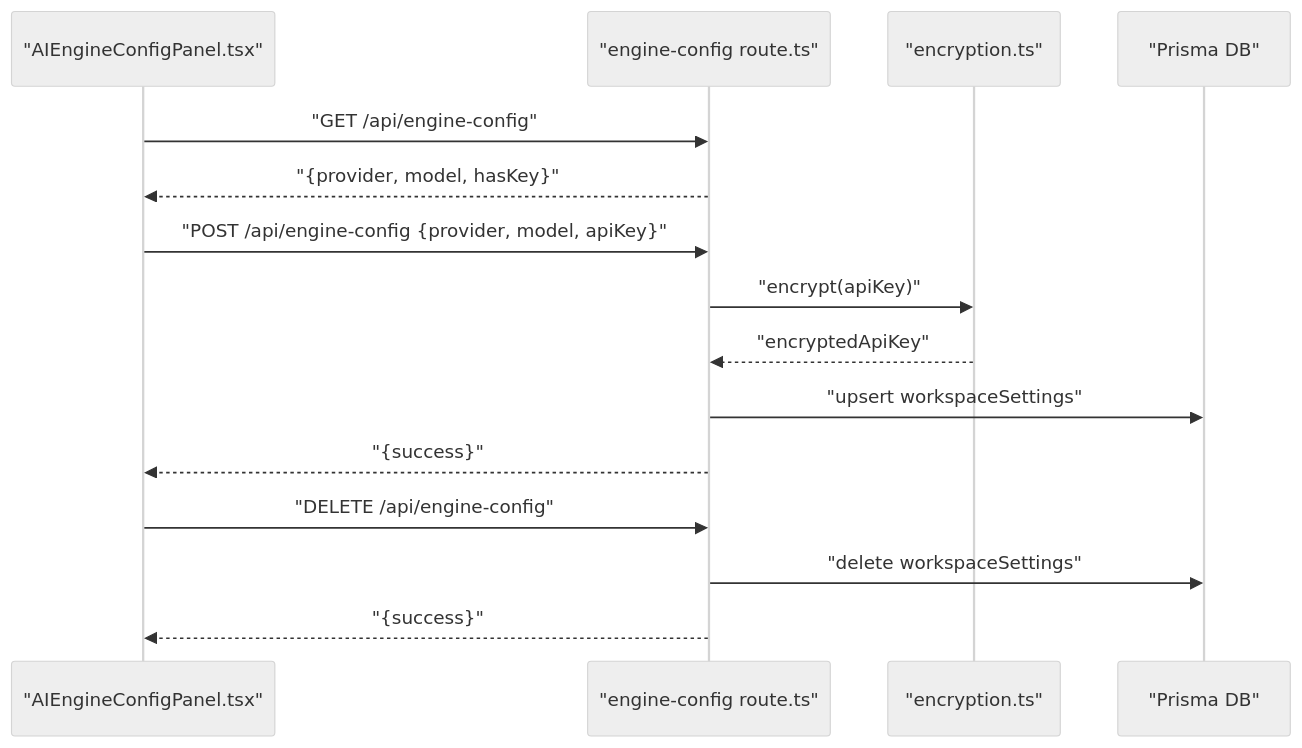
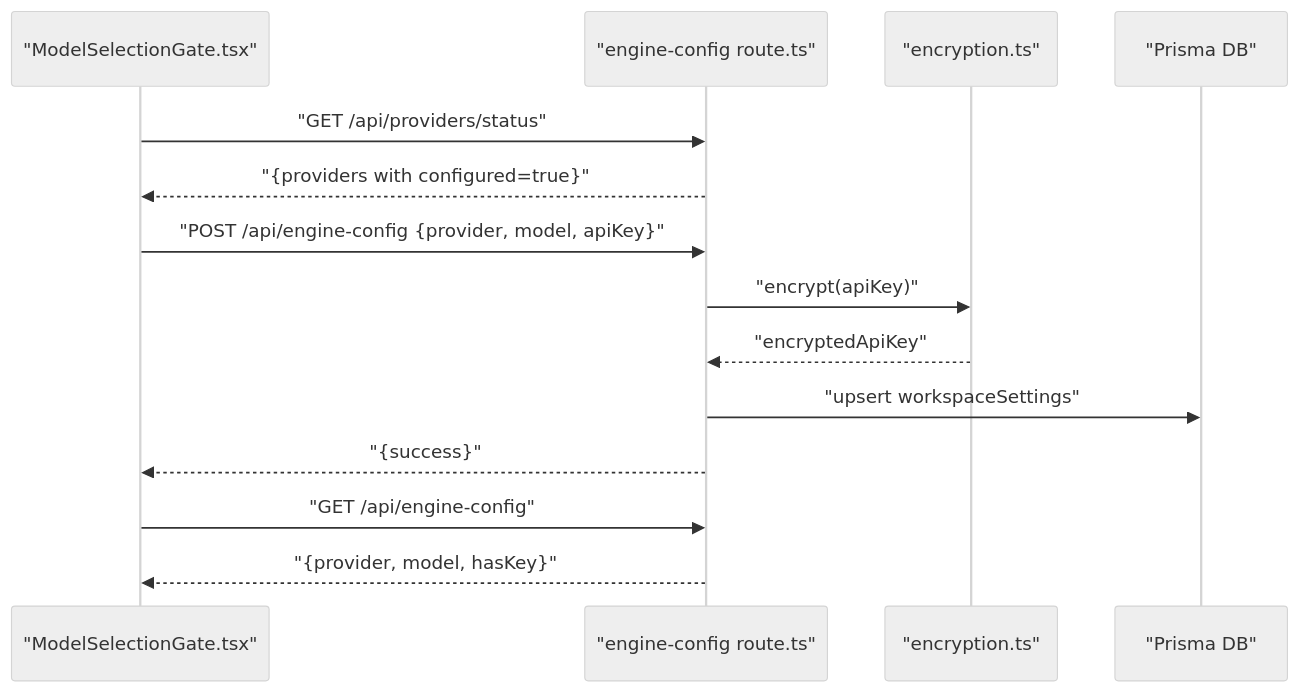
Before and after one commit to shekhargiri005-dotcom/AI-powered-accessibility-first-UI-engine: the sixth of 8 diagrams in .qoder/repowiki/en/content/AI Generation Engine/AI Provider Adapters/Configuration & Authentication Management.md, drawn with Mermaid (neutral theme). The commit also changed other lines of this file and 10 other files, not shown here.

````diff
--- a/.qoder/repowiki/en/content/AI Generation Engine/AI Provider Adapters/Configuration & Authentication Management.md
+++ b/.qoder/repowiki/en/content/AI Generation Engine/AI Provider Adapters/Configuration & Authentication Management.md
@@ -218,17 +232,16 @@
 ```mermaid
 sequenceDiagram
-participant UI as "AIEngineConfigPanel.tsx"
+participant UI as "ModelSelectionGate.tsx"
 participant API as "engine-config route.ts"
 participant ENC as "encryption.ts"
 participant DB as "Prisma DB"
-UI->>API : "GET /api/engine-config"
-API-->>UI : "{provider, model, hasKey}"
+UI->>API : "GET /api/providers/status"
+API-->>UI : "{providers with configured=true}"
 UI->>API : "POST /api/engine-config {provider, model, apiKey}"
 API->>ENC : "encrypt(apiKey)"
 ENC-->>API : "encryptedApiKey"
 API->>DB : "upsert workspaceSettings"
 API-->>UI : "{success}"
-UI->>API : "DELETE /api/engine-config"
-API->>DB : "delete workspaceSettings"
-API-->>UI : "{success}"
+UI->>API : "GET /api/engine-config"
+API-->>UI : "{provider, model, hasKey}"
 ```
````
